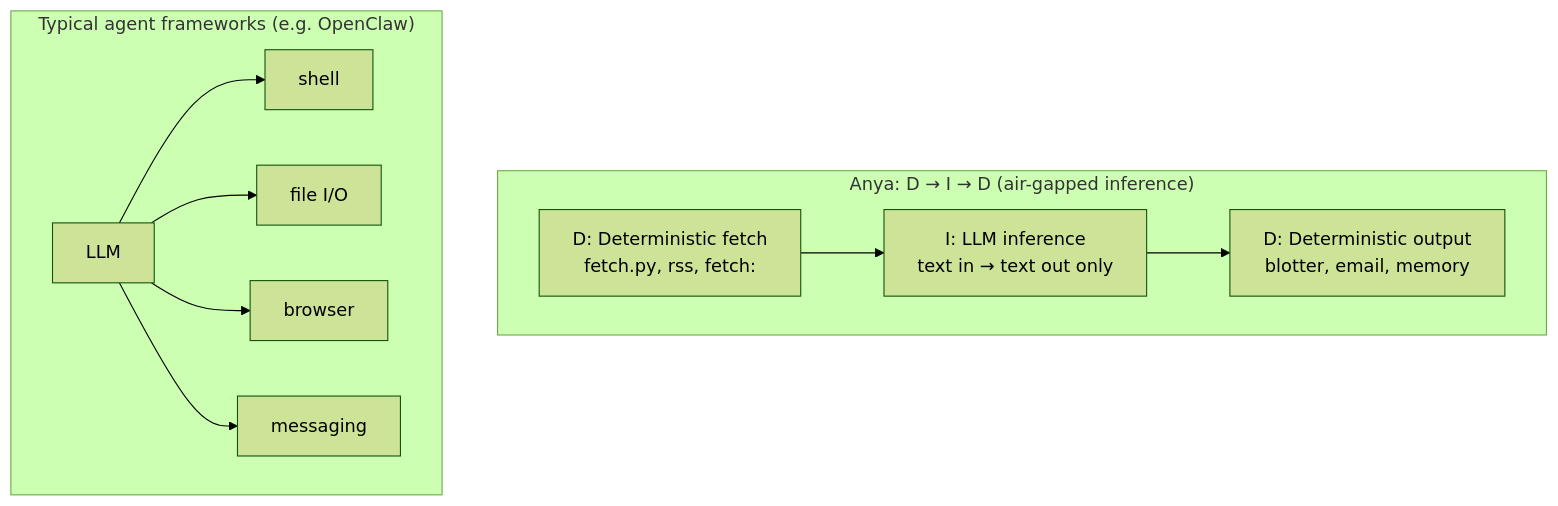
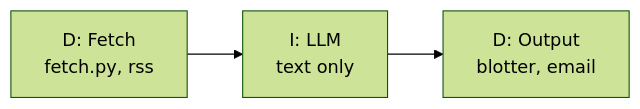
One commit to uogbuji/Anya changed the first of 2 diagrams in README.md. Above: the diagram before and after it, drawn with Mermaid (forest theme). The commit also changed other lines of this file, not shown here.

Commit message:
Mermaid tweak

````diff
--- a/README.md
+++ b/README.md
@@ -5,17 +7,7 @@
 ```mermaid
-flowchart TB
-    subgraph Anya["Anya: D → I → D (air-gapped inference)"]
-        D1["D: Deterministic fetch<br/>fetch.py, rss, fetch:"]
-        I["I: LLM inference<br/>text in → text out only"]
-        D2["D: Deterministic output<br/>blotter, email, memory"]
-        D1 --> I --> D2
-    end
-
-    subgraph AgentFrameworks["Typical agent frameworks (e.g. OpenClaw)"]
-        I2["LLM"]
-        I2 --> T1["shell"]
-        I2 --> T2["file I/O"]
-        I2 --> T3["browser"]
-        I2 --> T4["messaging"]
-    end
+flowchart LR
+    D1["D: Fetch<br/>fetch.py, rss"]
+    I["I: LLM<br/>text only"]
+    D2["D: Output<br/>blotter, email"]
+    D1 --> I --> D2
 ```
````
